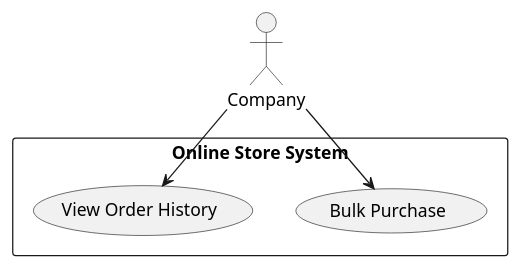
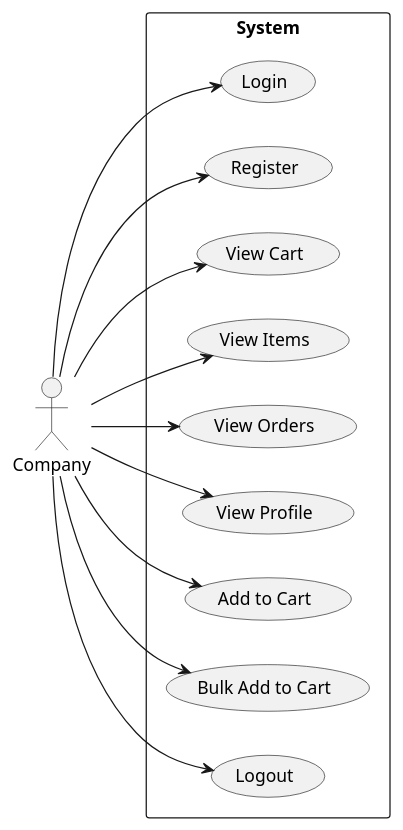
The diagram in docs/diagrams/cases/company.puml (axplcq/onlineStoreGroup1), drawn with PlantUML before and after one commit. The commit also changed 19 other files, not shown here.

```diff
--- a/docs/diagrams/cases/company.puml
+++ b/docs/diagrams/cases/company.puml
@@ -1,10 +1,24 @@
 @startuml Company_Use_Case_Diagram
-
-actor Company as "Company"
-
-rectangle "Online Store System" {
-  Company --> (Bulk Purchase)
-  Company --> (View Order History)
+left to right direction
+actor Company
+rectangle "System" as system {
+  (Login)
+  (Register)
+  (View Cart)
+  (View Items)
+  (View Orders)
+  (View Profile)
+  (Add to Cart)
+  (Bulk Add to Cart)
+  (Logout)
 }
-
+Company --> (Login)
+Company --> (Register)
+Company --> (View Cart)
+Company --> (View Items)
+Company --> (View Orders)
+Company --> (View Profile)
+Company --> (Add to Cart)
+Company --> (Bulk Add to Cart)
+Company --> (Logout)
 @enduml
```
